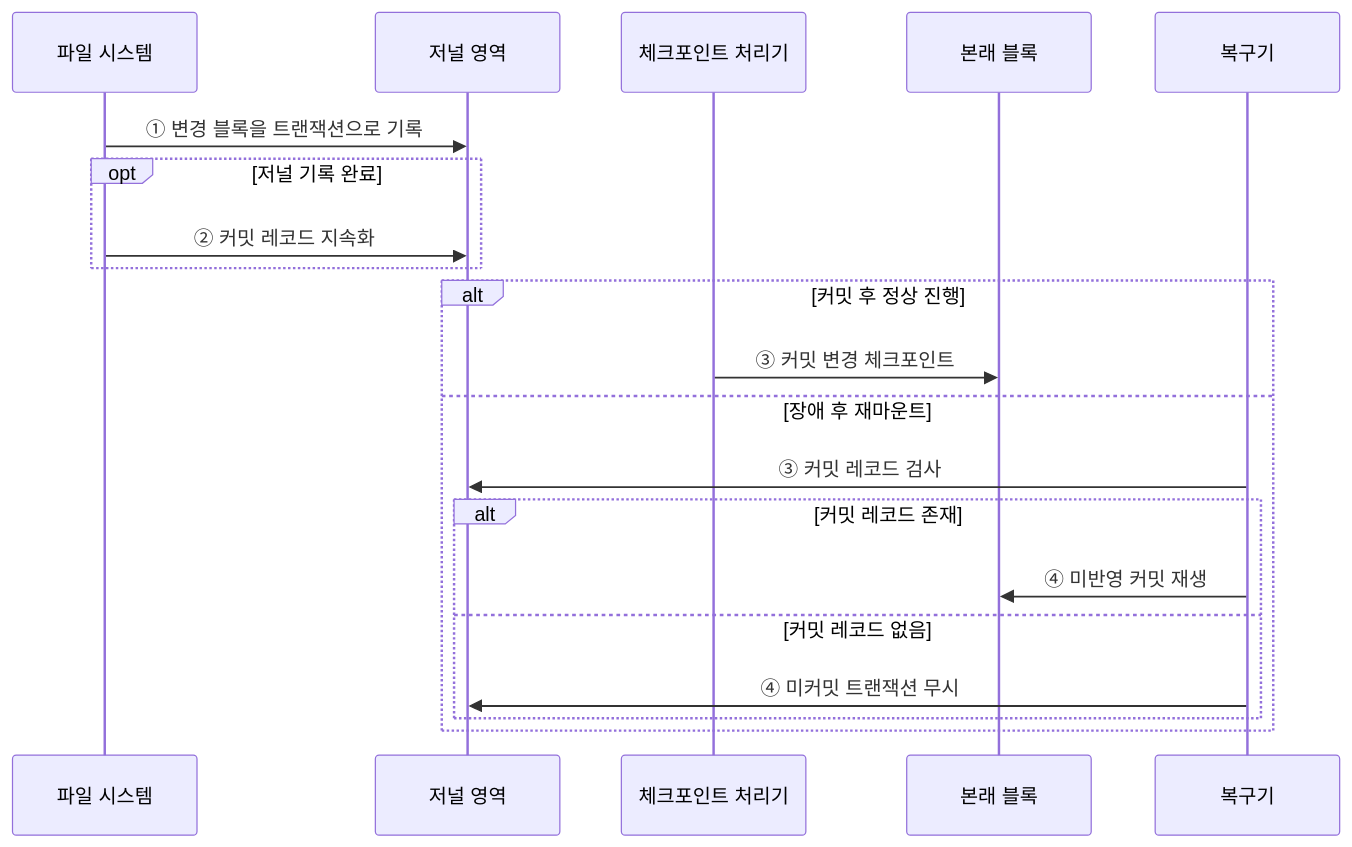
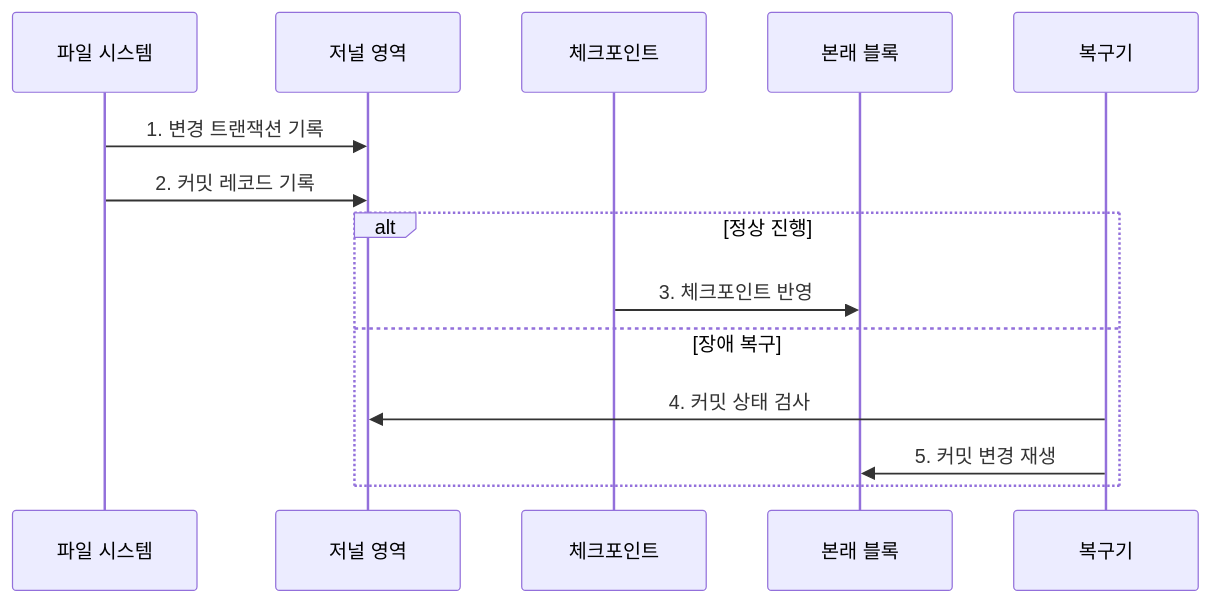
One commit to agnusdei1207/knowledge-base changed the second of 2 diagrams in src/content/docs/notes/03-software/021_file_system_journaling.md. Above: the diagram before and after it, drawn with Mermaid. The commit also changed other lines of this file and 20 other files, not shown here.

````diff
--- a/src/content/docs/notes/03-software/021_file_system_journaling.md
+++ b/src/content/docs/notes/03-software/021_file_system_journaling.md
@@ -85,22 +88,16 @@
 ```mermaid
 sequenceDiagram
     participant F as 파일 시스템
     participant J as 저널 영역
-    participant K as 체크포인트 처리기
+    participant K as 체크포인트
     participant H as 본래 블록
     participant R as 복구기
-    F->>J: ① 변경 블록을 트랜잭션으로 기록
-    opt 저널 기록 완료
-        F->>J: ② 커밋 레코드 지속화
-    end
-    alt 커밋 후 정상 진행
-        K->>H: ③ 커밋 변경 체크포인트
-    else 장애 후 재마운트
-        R->>J: ③ 커밋 레코드 검사
-        alt 커밋 레코드 존재
-            R->>H: ④ 미반영 커밋 재생
-        else 커밋 레코드 없음
-            R->>J: ④ 미커밋 트랜잭션 무시
-        end
+    F->>J: 1. 변경 트랜잭션 기록
+    F->>J: 2. 커밋 레코드 기록
+    alt 정상 진행
+        K->>H: 3. 체크포인트 반영
+    else 장애 복구
+        R->>J: 4. 커밋 상태 검사
+        R->>H: 5. 커밋 변경 재생
     end
 ```
````
